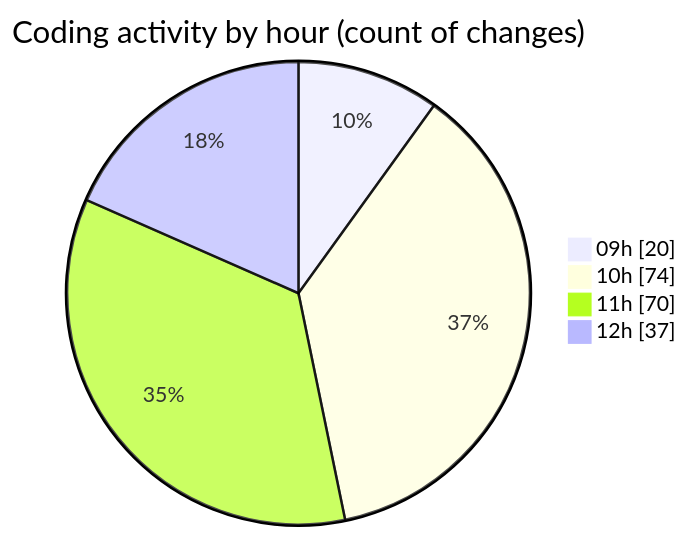
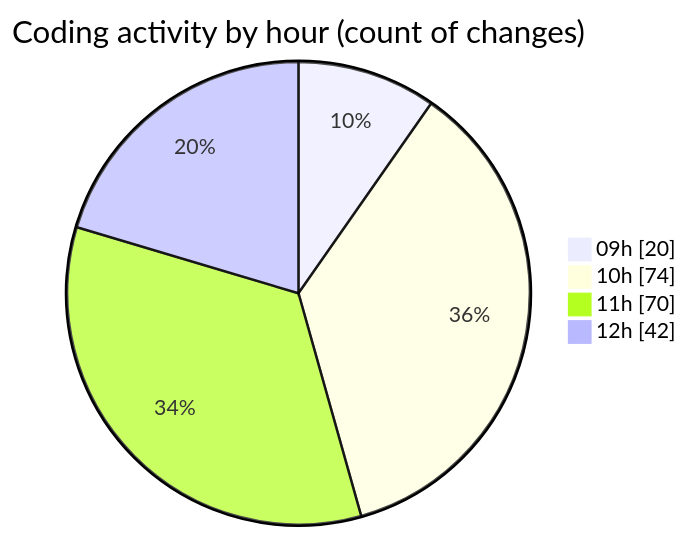
One commit to CELIANVF/code-tracking changed the second of 2 diagrams in 2025-06-06/ecodeli-1/README.md. Above: the diagram before and after it, drawn with Mermaid. The commit also changed other lines of this file and 1 other file, not shown here.

````diff
--- a/2025-06-06/ecodeli-1/README.md
+++ b/2025-06-06/ecodeli-1/README.md
@@ -84,8 +85,8 @@
 ```mermaid
 pie showData
 title Coding activity by hour (count of changes)
 "09h" : 20
 "10h" : 74
 "11h" : 70
-"12h" : 37
+"12h" : 42
 ```
````
